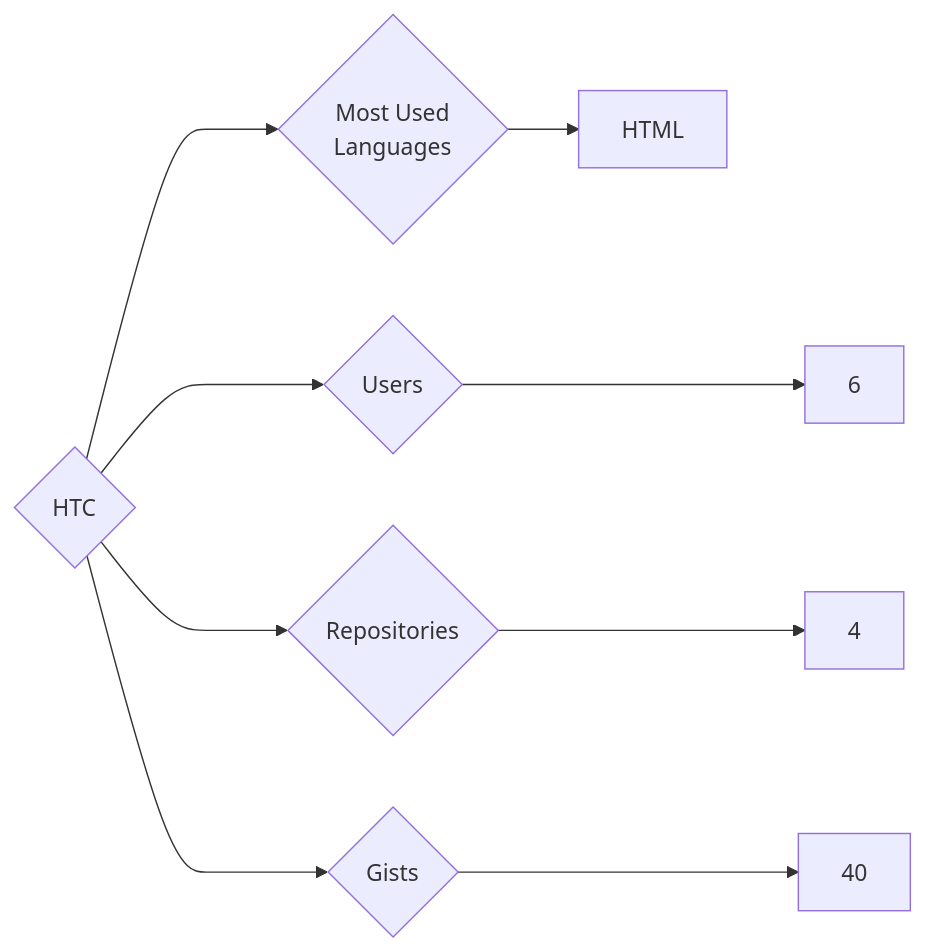
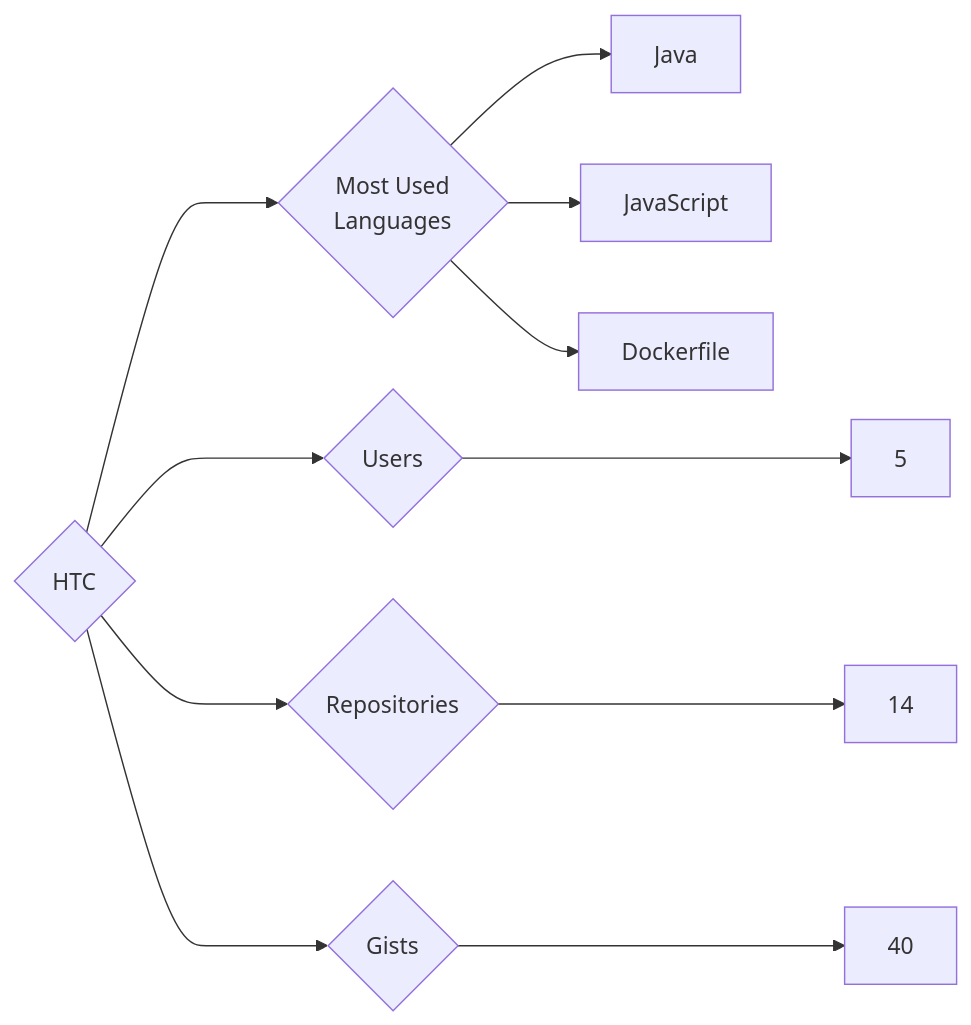
The diagram in targets/HTC/README.md (trickest/insiders), drawn with Mermaid before and after one commit. The commit also changed 1078 other files, not shown here.

````diff
--- a/targets/HTC/README.md
+++ b/targets/HTC/README.md
@@ -3,9 +3,11 @@
 ```mermaid
 graph LR
 COMPANY_NAME{HTC}
-COMPANY_NAME ---> U{Users} ---> UN[6]
-COMPANY_NAME ---> R{Repositories} ---> RN[4]
+COMPANY_NAME ---> U{Users} ---> UN[5]
+COMPANY_NAME ---> R{Repositories} ---> RN[14]
 COMPANY_NAME ---> G{Gists} ---> GN[40]
 COMPANY_NAME ---> ML{Most Used<br>Languages}
-ML --> HTML[HTML]
+ML --> Java[Java]
+ML --> JavaScript[JavaScript]
+ML --> Dockerfile[Dockerfile]
 ```
````
